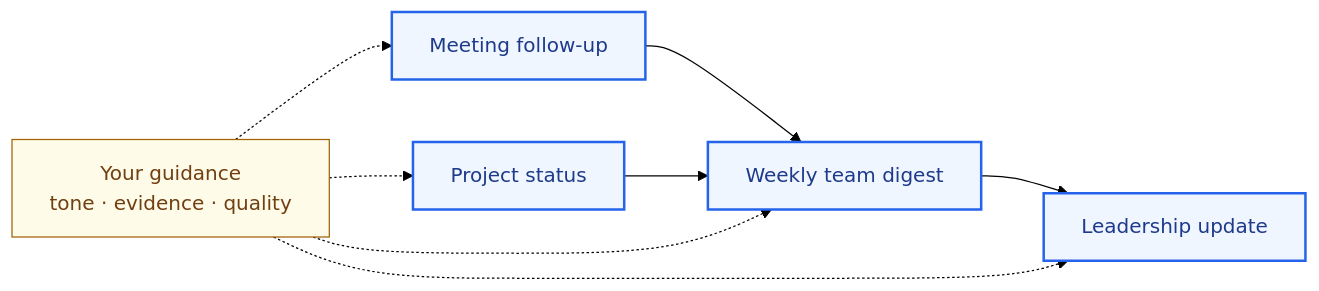
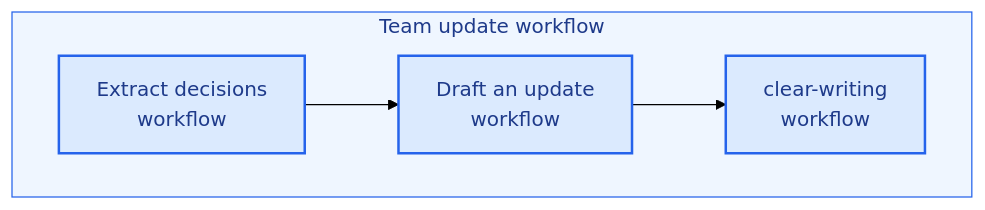
The fourth of 4 diagrams in README.md (DanMcInerney/orchflows), drawn with Mermaid (forest theme) before and after one commit. The commit also changed other lines of this file, not shown here.

Commit message:
docs: simplify README and illustrate guidance specificity

````diff
--- a/README.md
+++ b/README.md
@@ -54,11 +114,10 @@
 ```mermaid
 flowchart LR
-    A[Meeting follow-up] --> B[Weekly team digest]
-    C[Project status] --> B
-    B --> D[Leadership update]
-    G["Your guidance<br/>tone · evidence · quality"] -.-> A & B & C & D
-    classDef workflow fill:#eff6ff,stroke:#2563eb,color:#1e3a8a,stroke-width:2px;
-    classDef guidance fill:#fefce8,stroke:#a16207,color:#713f12;
-    class A,B,C,D workflow;
-    class G guidance;
+    subgraph U[Team update workflow]
+        direction LR
+        N["Extract decisions<br/>workflow"] --> D["Draft an update<br/>workflow"] --> C["clear-writing<br/>workflow"]
+    end
+    classDef workflow fill:#dbeafe,stroke:#2563eb,color:#1e3a8a,stroke-width:2px;
+    class N,D,C workflow;
+    style U fill:#eff6ff,stroke:#2563eb,color:#1e3a8a;
 ```
````
